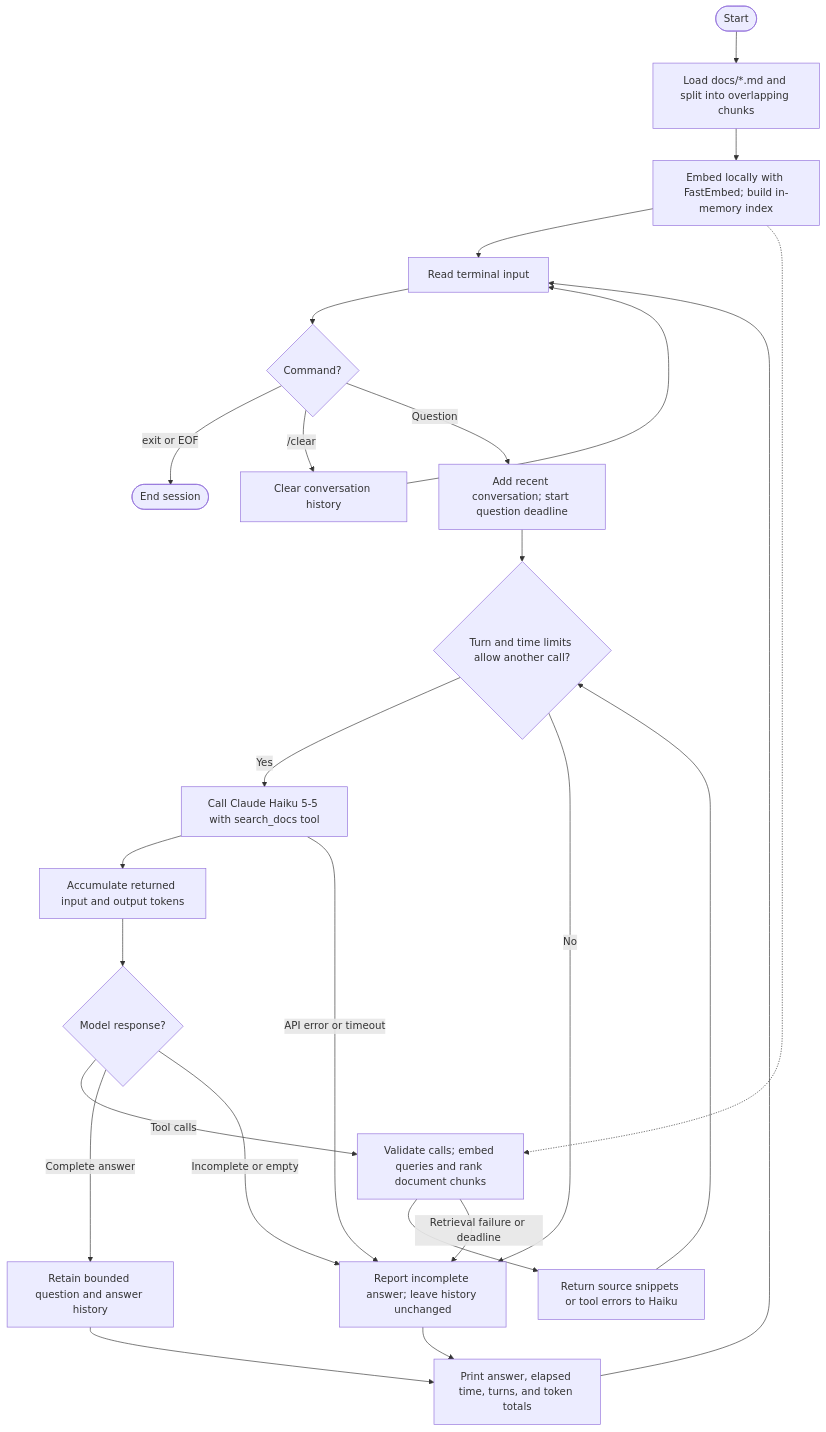
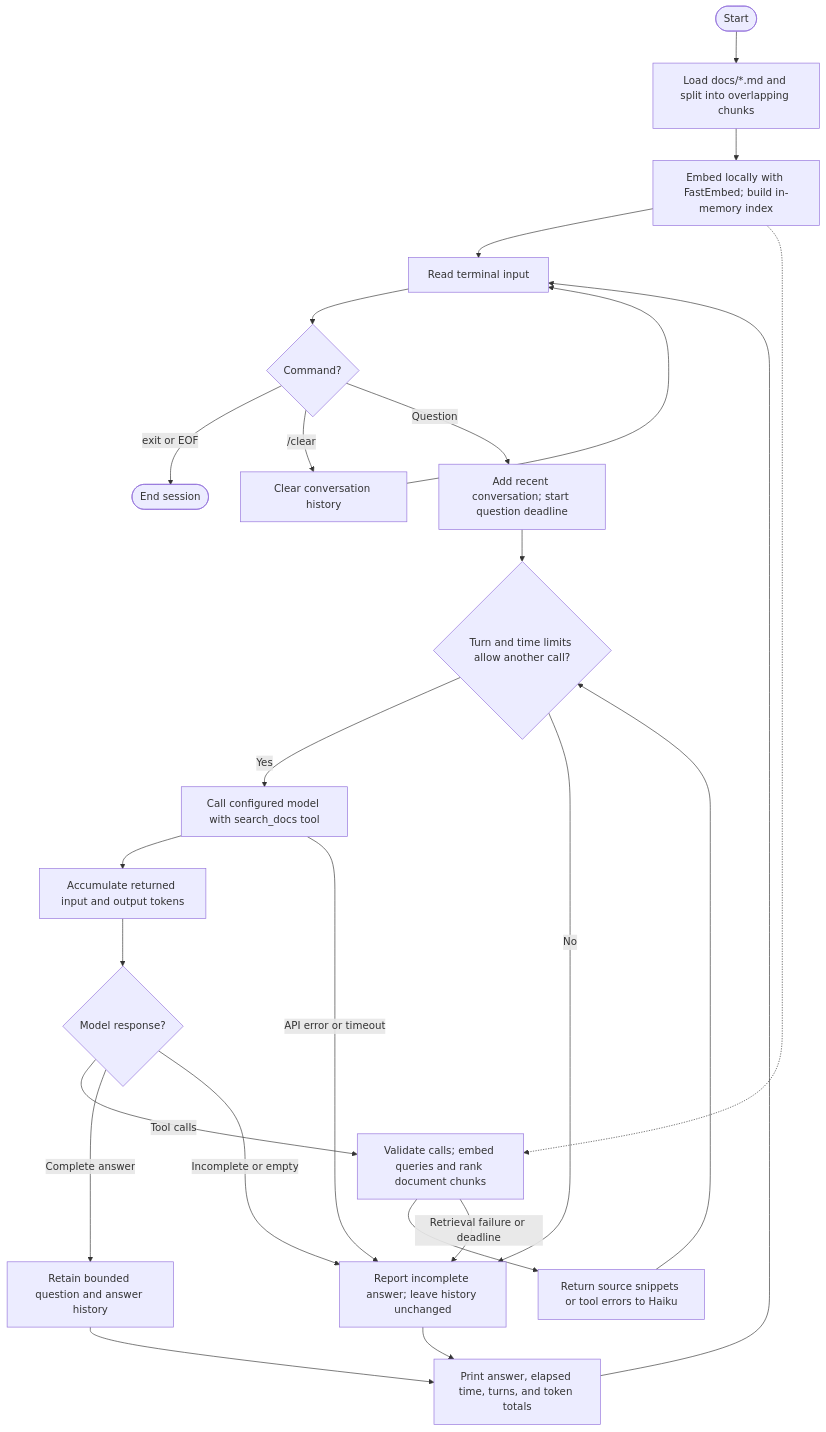
One commit to robstave/agent-exercises changed the diagram in simple-rag-agent/README.md. Above: the diagram before and after it, drawn with Mermaid. The commit also changed other lines of this file and 1 other file, not shown here.

Commit message:
Print configured RAG model at startup

````diff
--- a/simple-rag-agent/README.md
+++ b/simple-rag-agent/README.md
@@ -10,27 +10,27 @@
 ```mermaid
 flowchart TD
     Start([Start]) --> Docs["Load docs/*.md and split into overlapping chunks"]
     Docs --> Index["Embed locally with FastEmbed; build in-memory index"]
     Index --> Input["Read terminal input"]
     Input --> Command{"Command?"}
     Command -->|exit or EOF| Exit([End session])
     Command -->|/clear| Clear["Clear conversation history"]
     Clear --> Input
     Command -->|Question| Context["Add recent conversation; start question deadline"]
     Context --> Limits{"Turn and time limits allow another call?"}
-    Limits -->|Yes| Model["Call Claude Haiku 5-5 with search_docs tool"]
+    Limits -->|Yes| Model["Call configured model with search_docs tool"]
     Model --> Usage["Accumulate returned input and output tokens"]
     Usage --> Response{"Model response?"}
     Response -->|Tool calls| Search["Validate calls; embed queries and rank document chunks"]
     Index -.-> Search
     Search --> Results["Return source snippets or tool errors to Haiku"]
     Results --> Limits
     Response -->|Complete answer| History["Retain bounded question and answer history"]
     Response -->|Incomplete or empty| Failure["Report incomplete answer; leave history unchanged"]
     Limits -->|No| Failure
     Model -->|API error or timeout| Failure
     Search -->|Retrieval failure or deadline| Failure
     History --> Output["Print answer, elapsed time, turns, and token totals"]
     Failure --> Output
     Output --> Input
 ```
````
